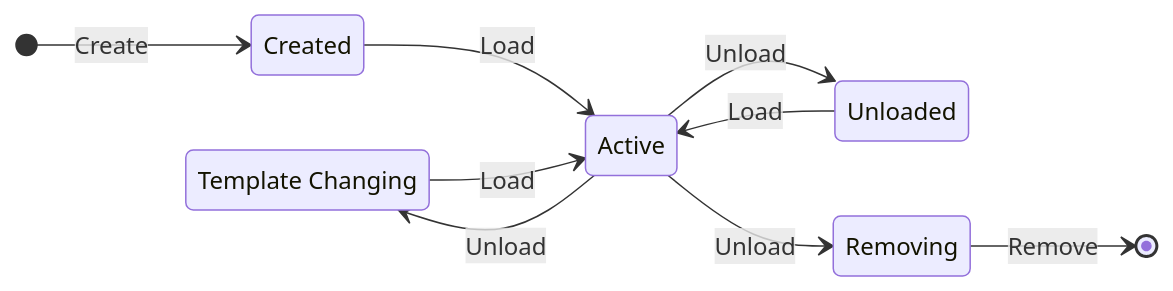
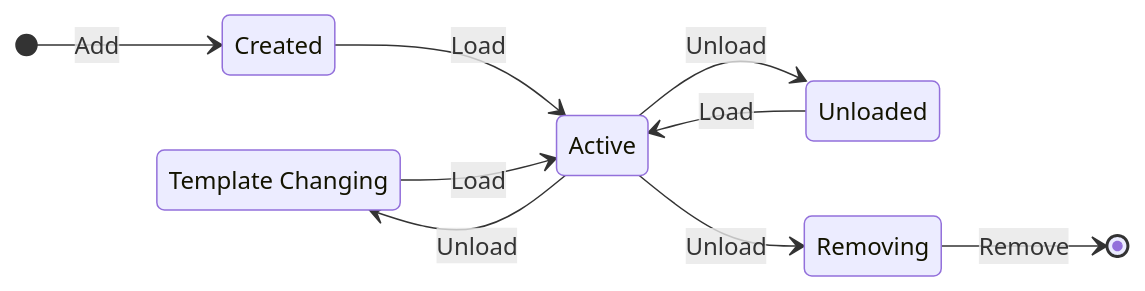
One commit to opticfluorine/sovereign changed the diagram in docs/manual/creators/entities.md. Above: the diagram before and after it, drawn with Mermaid. The commit also changed other lines of this file and 7 other files, not shown here.

````diff
--- a/docs/manual/creators/entities.md
+++ b/docs/manual/creators/entities.md
@@ -22,13 +23,13 @@
 ```{mermaid}
 stateDiagram-v2
   direction LR
   TC: Template Changing
-  [*] --> Created: Create
+  [*] --> Created: Add
   Created --> Active: Load
   Active --> Unloaded: Unload
   Unloaded --> Active: Load
   Active --> Removing: Unload
   Active --> TC: Unload
   TC --> Active: Load
   Removing --> [*]: Remove
 ```
````
